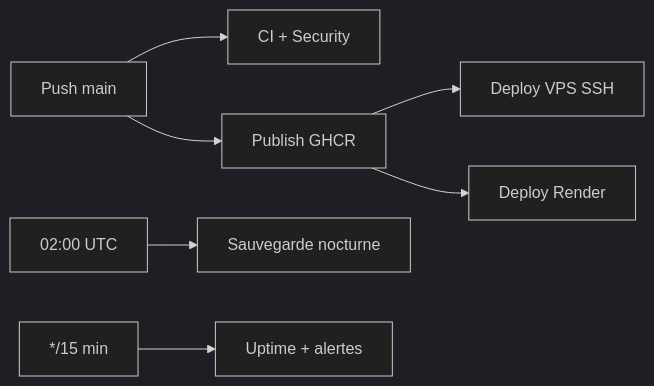
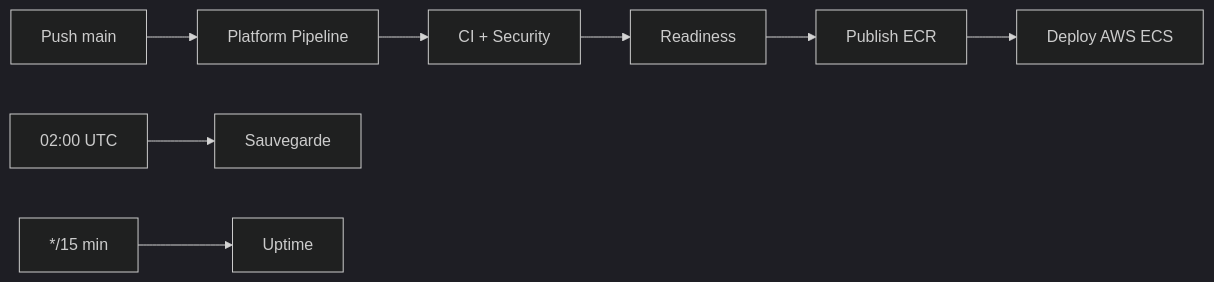
Before and after one commit to GhassenEl/frontend-petfood: the diagram in docs/DEVOPS-PLATFORM.md, drawn with Mermaid (dark theme). The commit also changed other lines of this file and 170 other files, not shown here.

First line of the commit message:
Add platform search, PCB hardware, AWS DevOps pipeline, and mobile IoT hub.

````diff
--- a/docs/DEVOPS-PLATFORM.md
+++ b/docs/DEVOPS-PLATFORM.md
@@ -64,9 +64,10 @@
 ```mermaid
 flowchart LR
-  push[Push main] --> ci[CI + Security]
-  push --> publish[Publish GHCR]
-  publish --> vps[Deploy VPS SSH]
-  publish --> render[Deploy Render]
-  cron[02:00 UTC] --> backup[Sauvegarde nocturne]
-  cron15[*/15 min] --> uptime[Uptime + alertes]
+  push[Push main] --> platform[Platform Pipeline]
+  platform --> ci[CI + Security]
+  ci --> ready[Readiness]
+  ready --> ecr[Publish ECR]
+  ecr --> aws[Deploy AWS ECS]
+  cron[02:00 UTC] --> backup[Sauvegarde]
+  cron15[*/15 min] --> uptime[Uptime]
 ```
````
